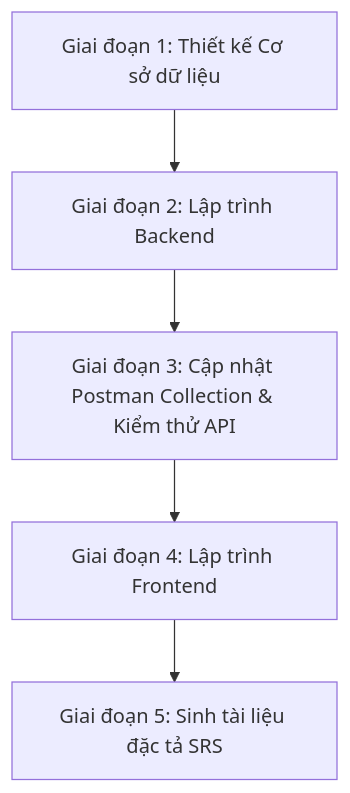
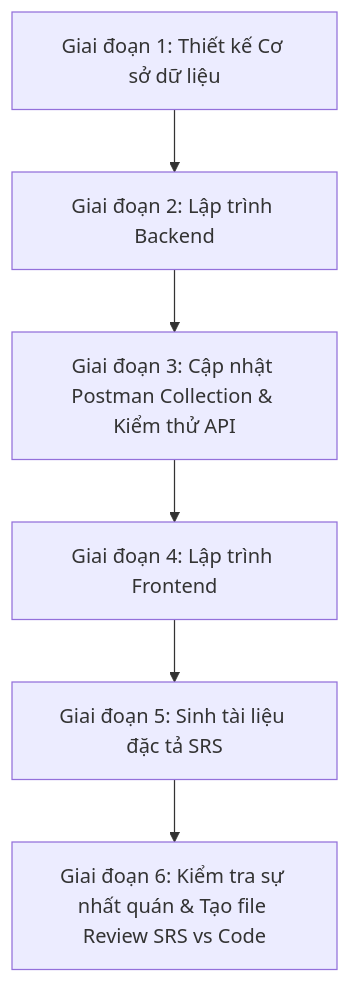
The first of 3 diagrams in docs/Workflow.md (Alumnect/Alumnect), drawn with Mermaid before and after one commit. The commit also changed other lines of this file and 17 other files, not shown here.

````diff
--- a/docs/Workflow.md
+++ b/docs/Workflow.md
@@ -27,7 +27,8 @@
 ```mermaid
 graph TD
     A[Giai đoạn 1: Thiết kế Cơ sở dữ liệu] --> B[Giai đoạn 2: Lập trình Backend]
     B --> C[Giai đoạn 3: Cập nhật Postman Collection & Kiểm thử API]
     C --> D[Giai đoạn 4: Lập trình Frontend]
     D --> E[Giai đoạn 5: Sinh tài liệu đặc tả SRS]
+    E --> F[Giai đoạn 6: Kiểm tra sự nhất quán & Tạo file Review SRS vs Code]
 ```
````
